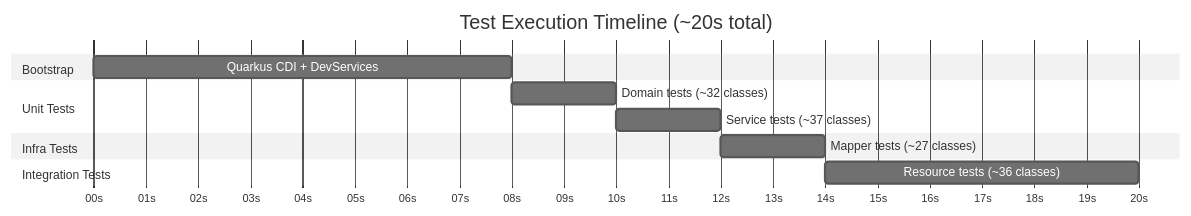
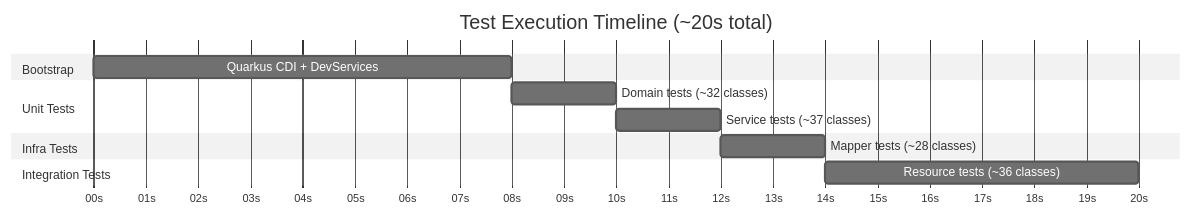
The seventh of 7 diagrams in src/test/README.md (Plataforma-Universidade-Gratuita/pug-service), drawn with Mermaid (neutral theme) before and after one commit. The commit also changed other lines of this file and 34 other files, not shown here.

````diff
--- a/src/test/README.md
+++ b/src/test/README.md
@@ -258,19 +259,19 @@
 ```mermaid
 gantt
     title Test Execution Timeline (~20s total)
     dateFormat ss
     axisFormat %Ss
 
     section Bootstrap
     Quarkus CDI + DevServices     :a1, 00, 8s
 
     section Unit Tests
     Domain tests (~32 classes)    :a2, after a1, 2s
     Service tests (~37 classes)   :a3, after a2, 2s
 
     section Infra Tests
-    Mapper tests (~27 classes)    :a4, after a3, 2s
+    Mapper tests (~28 classes)    :a4, after a3, 2s
 
     section Integration Tests
     Resource tests (~36 classes)  :a5, after a4, 6s
 ```
````
